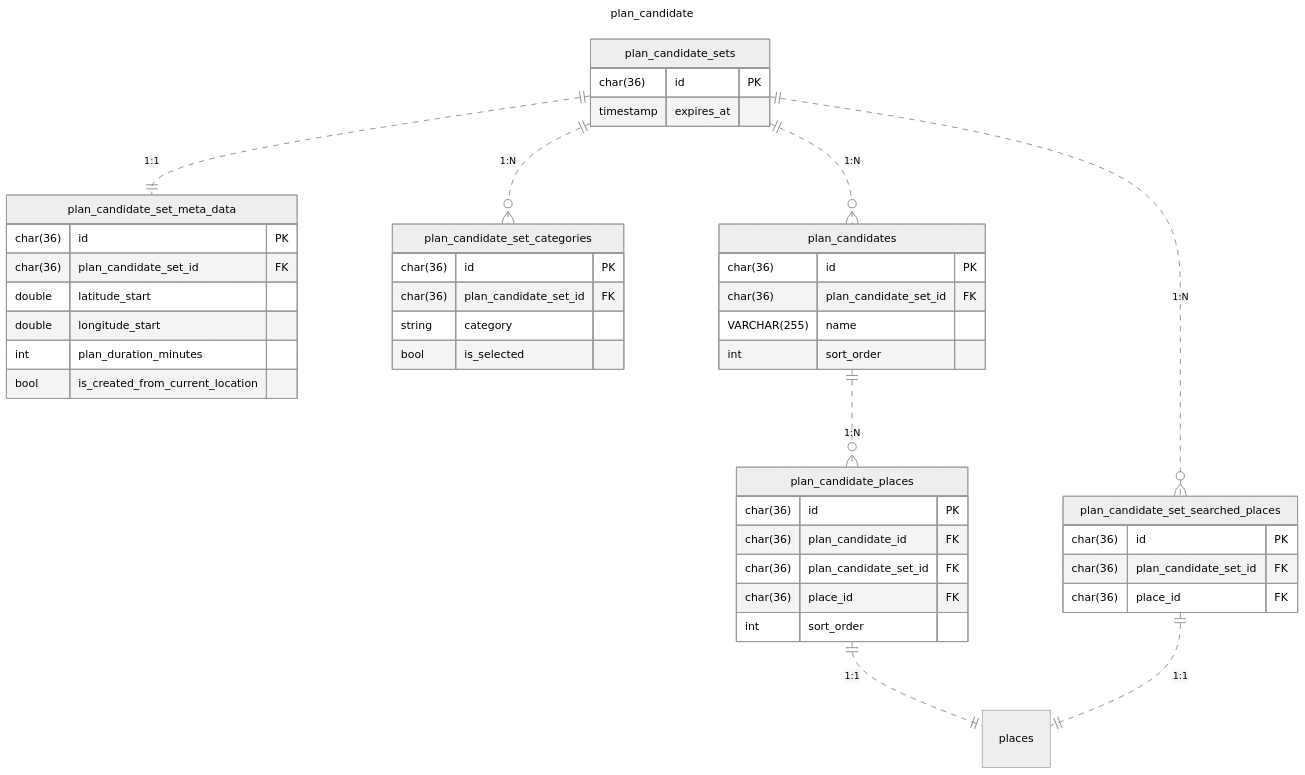
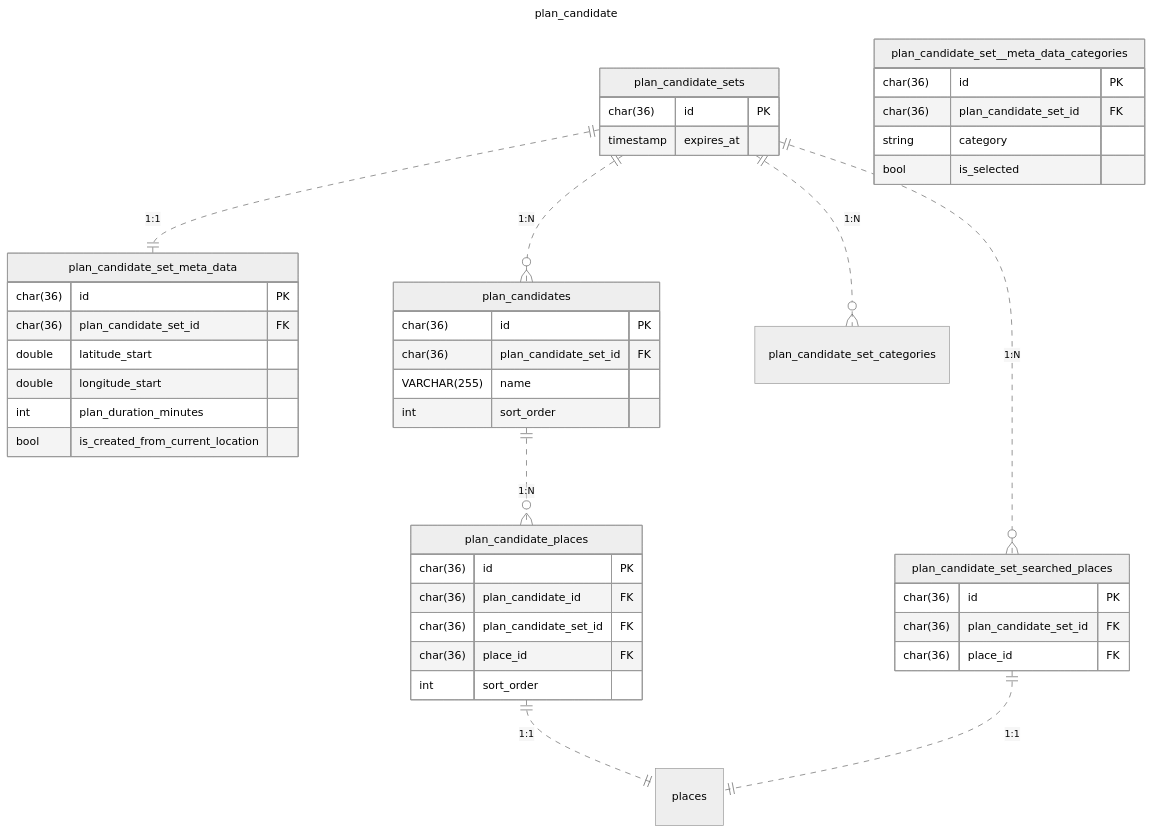
Before and after one commit to poroto-app/planner: the third of 3 diagrams in doc/database/er.md, drawn with Mermaid (neutral theme). The commit also changed 6 other files, not shown here.

````diff
--- a/doc/database/er.md
+++ b/doc/database/er.md
@@ -108,55 +108,55 @@
 ```mermaid
 ---
 title: plan_candidate
 ---
 erDiagram
     plan_candidate_sets {
         char(36) id PK
         timestamp expires_at
     }
 
     plan_candidate_set_meta_data {
         char(36) id PK
         char(36) plan_candidate_set_id FK
         double latitude_start
         double longitude_start
         int plan_duration_minutes
         bool is_created_from_current_location
     }
 
     plan_candidate_set_searched_places {
         char(36) id PK
         char(36) plan_candidate_set_id FK
         char(36) place_id FK
     }
 
-    plan_candidate_set_categories {
+    plan_candidate_set__meta_data_categories {
         char(36) id PK
         char(36) plan_candidate_set_id FK
         string category
         bool is_selected
     }
 
     plan_candidates {
         char(36) id PK
         char(36) plan_candidate_set_id FK
         VARCHAR(255) name
         int sort_order
     }
 
     plan_candidate_places {
         char(36) id PK
         char(36) plan_candidate_id FK
         char(36) plan_candidate_set_id FK
         char(36) place_id FK
         int sort_order
     }
 
     plan_candidate_sets ||..o{ plan_candidates: "1:N"
     plan_candidate_sets ||..|| plan_candidate_set_meta_data: "1:1"
     plan_candidate_sets ||..o{ plan_candidate_set_categories: "1:N"
     plan_candidate_sets ||..o{ plan_candidate_set_searched_places: "1:N"
     plan_candidates ||..o{ plan_candidate_places: "1:N"
     plan_candidate_places ||..|| places: "1:1"
     plan_candidate_set_searched_places ||..|| places: "1:1"
 ```
````
